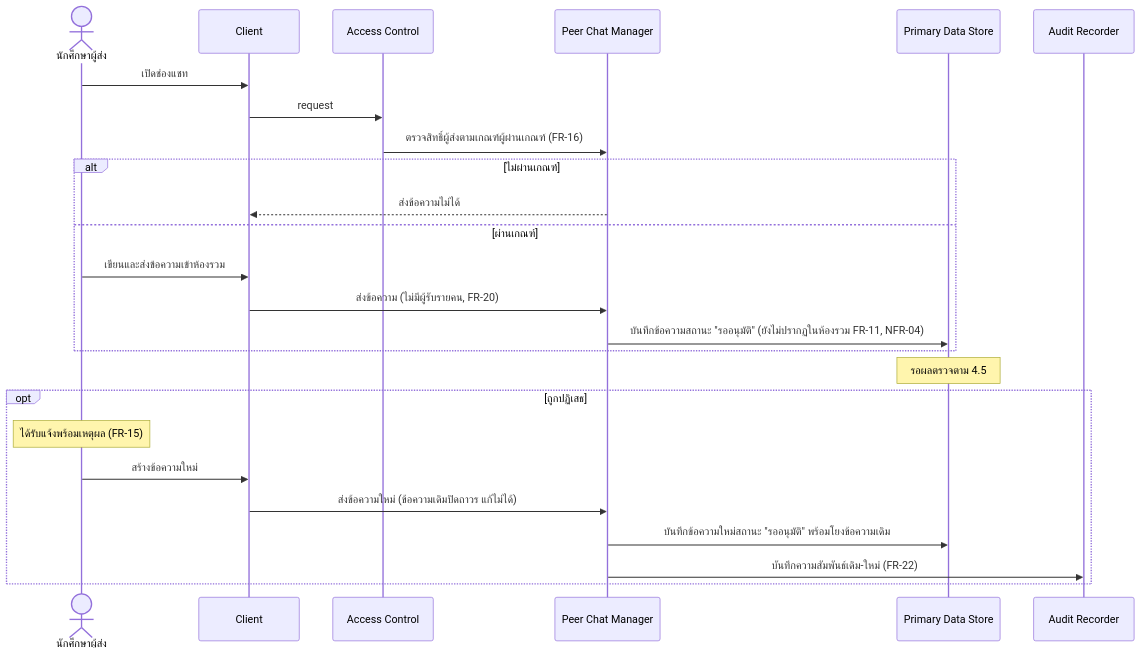
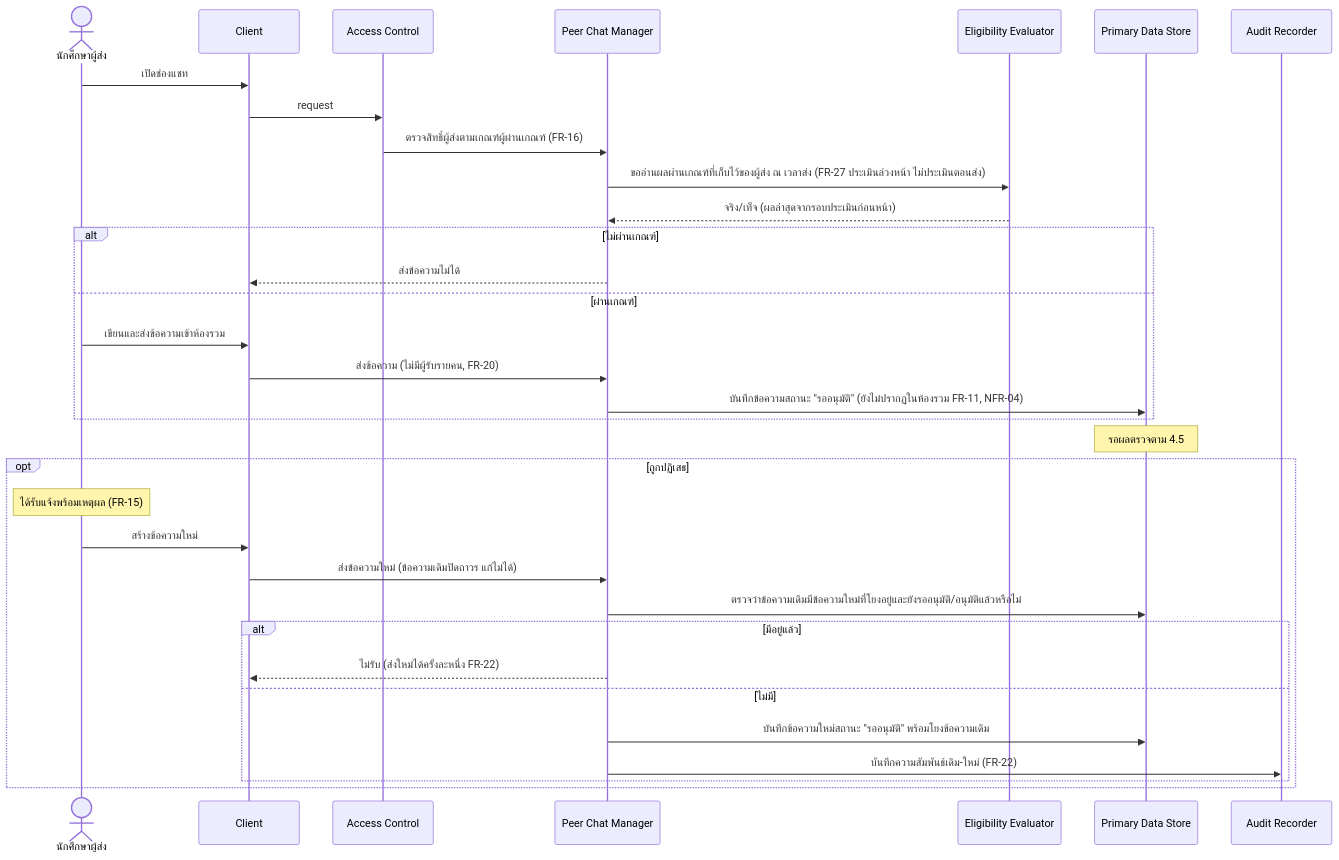
One commit to PAKOSORUS/Grade-Runway-PROJECT3 changed the fifth of 9 diagrams in docs/02-design/02-technical/architecture.md. Above: the diagram before and after it, drawn with Mermaid. The commit also changed other lines of this file and 35 other files, not shown here.

````diff
--- a/docs/02-design/02-technical/architecture.md
+++ b/docs/02-design/02-technical/architecture.md
@@ -202,28 +239,36 @@
 ```mermaid
 sequenceDiagram
     actor SD as นักศึกษาผู้ส่ง
     participant C as Client
     participant AC as Access Control
     participant PC as Peer Chat Manager
+    participant EV as Eligibility Evaluator
     participant DS as Primary Data Store
     participant AR as Audit Recorder
 
     SD->>C: เปิดช่องแชท
     C->>AC: request
     AC->>PC: ตรวจสิทธิ์ผู้ส่งตามเกณฑ์ผู้ผ่านเกณฑ์ (FR-16)
+    PC->>EV: ขออ่านผลผ่านเกณฑ์ที่เก็บไว้ของผู้ส่ง ณ เวลาส่ง (FR-27 ประเมินล่วงหน้า ไม่ประเมินตอนส่ง)
+    EV-->>PC: จริง/เท็จ (ผลล่าสุดจากรอบประเมินก่อนหน้า)
     alt ไม่ผ่านเกณฑ์
         PC-->>C: ส่งข้อความไม่ได้
     else ผ่านเกณฑ์
         SD->>C: เขียนและส่งข้อความเข้าห้องรวม
         C->>PC: ส่งข้อความ (ไม่มีผู้รับรายคน, FR-20)
         PC->>DS: บันทึกข้อความสถานะ "รออนุมัติ" (ยังไม่ปรากฏในห้องรวม FR-11, NFR-04)
     end
     Note over DS: รอผลตรวจตาม 4.5
     opt ถูกปฏิเสธ
         Note over SD: ได้รับแจ้งพร้อมเหตุผล (FR-15)
         SD->>C: สร้างข้อความใหม่
         C->>PC: ส่งข้อความใหม่ (ข้อความเดิมปิดถาวร แก้ไม่ได้)
+        PC->>DS: ตรวจว่าข้อความเดิมมีข้อความใหม่ที่โยงอยู่และยังรออนุมัติ/อนุมัติแล้วหรือไม่
+        alt มีอยู่แล้ว
+            PC-->>C: ไม่รับ (ส่งใหม่ได้ครั้งละหนึ่ง FR-22)
+        else ไม่มี
         PC->>DS: บันทึกข้อความใหม่สถานะ "รออนุมัติ" พร้อมโยงข้อความเดิม
         PC->>AR: บันทึกความสัมพันธ์เดิม-ใหม่ (FR-22)
+        end
     end
 ```
````
